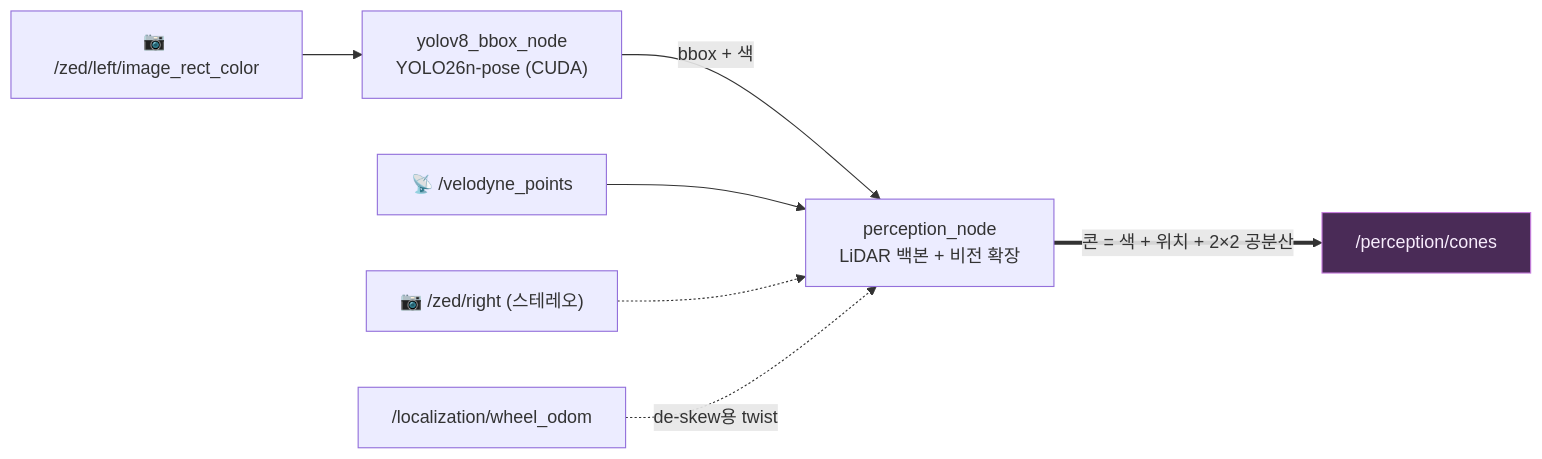
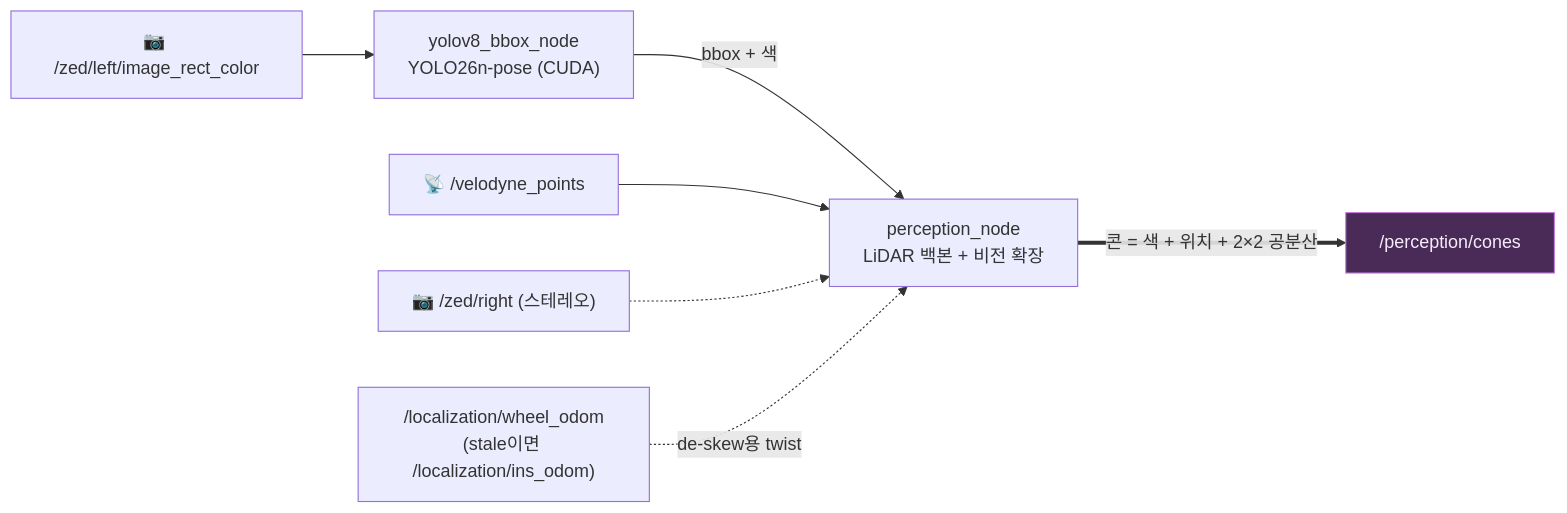
One commit to shchon11/HYU-Formula-Student changed the diagram in perception/README.md. Above: the diagram before and after it, drawn with Mermaid. The commit also changed other lines of this file and 22 other files, not shown here.

````diff
--- a/perception/README.md
+++ b/perception/README.md
@@ -6,11 +6,11 @@
 ```mermaid
 flowchart LR
     IMG["📷 /zed/left/image_rect_color"] --> YOLO["yolov8_bbox_node<br/>YOLO26n-pose (CUDA)"]
     YOLO -->|"bbox + 색"| FUSE
     PC["📡 /velodyne_points"] --> FUSE["perception_node<br/>LiDAR 백본 + 비전 확장"]
     RIMG["📷 /zed/right (스테레오)"] -.-> FUSE
-    ODO["/localization/wheel_odom"] -.->|"de-skew용 twist"| FUSE
+    ODO["/localization/wheel_odom<br/>(stale이면 /localization/ins_odom)"] -.->|"de-skew용 twist"| FUSE
     FUSE ==>|"콘 = 색 + 위치 + 2×2 공분산"| OUT["/perception/cones"]
 
     style OUT fill:#4a2b57,stroke:#c77dde,color:#f7ecfc
 ```
````
